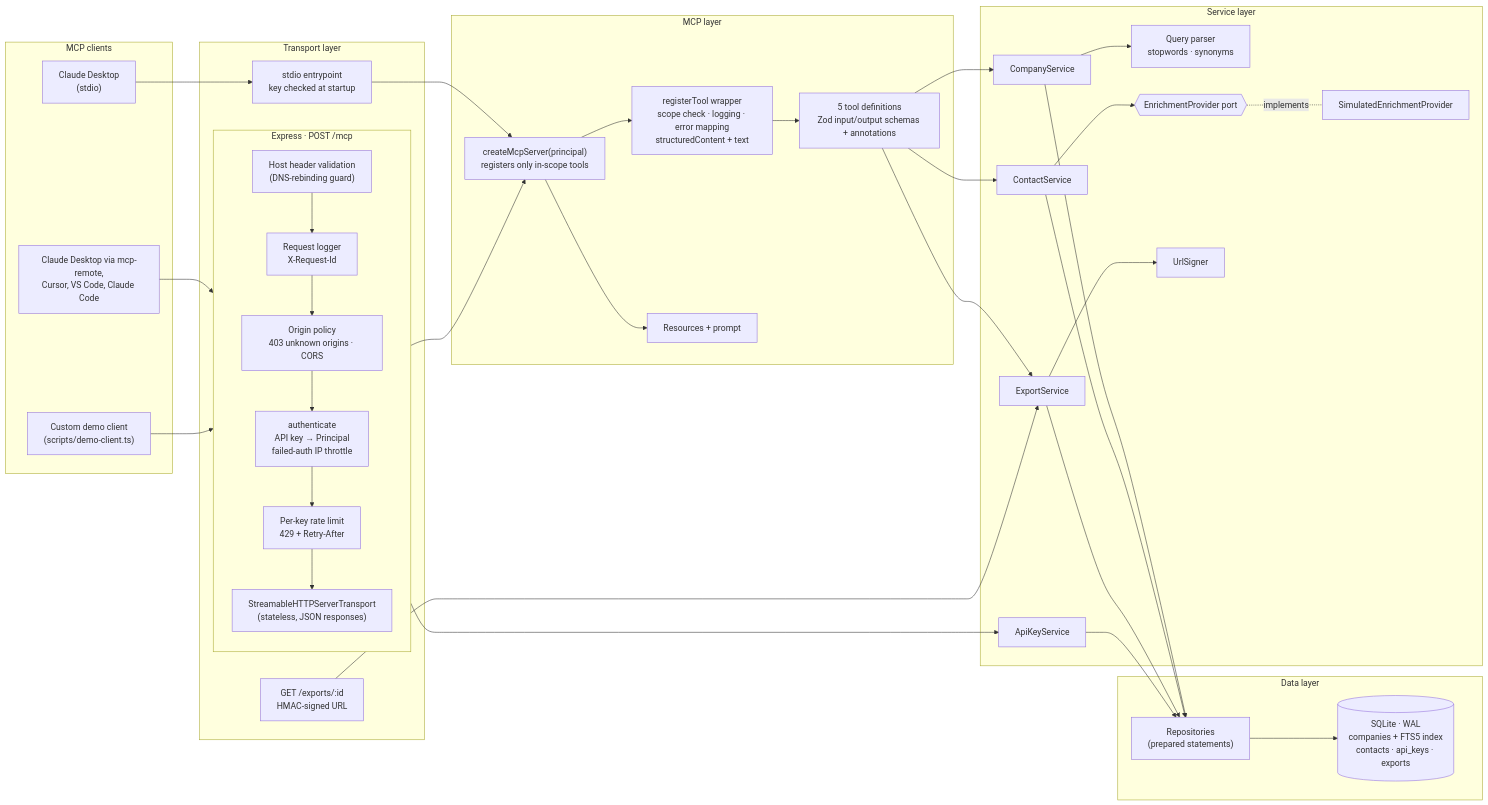
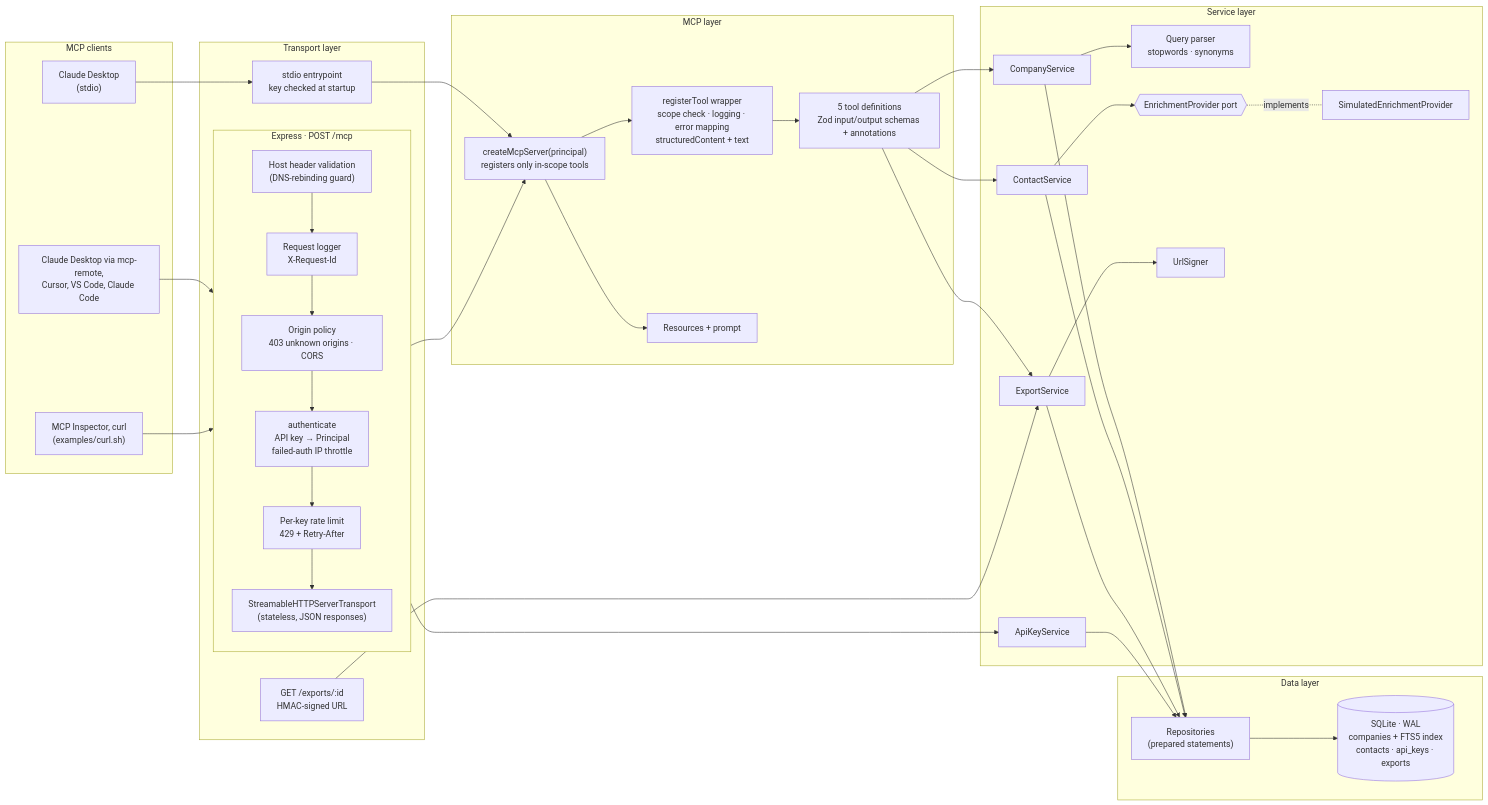
The first of 3 diagrams in docs/ARCHITECTURE.md (siddhant1/account-intelligence-mcp), drawn with Mermaid before and after one commit. The commit also changed 18 other files, not shown here.

First line of the commit message:
Remove demo client, demo docs and screenshots

````diff
--- a/docs/ARCHITECTURE.md
+++ b/docs/ARCHITECTURE.md
@@ -10,60 +10,60 @@
 ```mermaid
 flowchart LR
   subgraph Clients["MCP clients"]
     CD["Claude Desktop<br/>(stdio)"]
     CR["Claude Desktop via mcp-remote,<br/>Cursor, VS Code, Claude Code"]
-    DC["Custom demo client<br/>(scripts/demo-client.ts)"]
+    DC["MCP Inspector, curl<br/>(examples/curl.sh)"]
   end
 
   subgraph Transport["Transport layer"]
     STDIO["stdio entrypoint<br/>key checked at startup"]
     subgraph HTTP["Express · POST /mcp"]
       direction TB
       HV["Host header validation<br/>(DNS-rebinding guard)"] --> RL["Request logger<br/>X-Request-Id"]
       RL --> OP["Origin policy<br/>403 unknown origins · CORS"]
       OP --> AU["authenticate<br/>API key → Principal<br/>failed-auth IP throttle"]
       AU --> RT["Per-key rate limit<br/>429 + Retry-After"]
       RT --> SH["StreamableHTTPServerTransport<br/>(stateless, JSON responses)"]
     end
     DL["GET /exports/:id<br/>HMAC-signed URL"]
   end
 
   subgraph MCP["MCP layer"]
     F["createMcpServer(principal)<br/>registers only in-scope tools"]
     W["registerTool wrapper<br/>scope check · logging · error mapping<br/>structuredContent + text"]
     T["5 tool definitions<br/>Zod input/output schemas + annotations"]
     RS["Resources + prompt"]
   end
 
   subgraph Domain["Service layer"]
     CS[CompanyService]
     KS[ContactService]
     ES[ExportService]
     AS[ApiKeyService]
     QP["Query parser<br/>stopwords · synonyms"]
     EP{{"EnrichmentProvider port"}}
     SP["SimulatedEnrichmentProvider"]
     US[UrlSigner]
   end
 
   subgraph Data["Data layer"]
     REPO["Repositories<br/>(prepared statements)"]
     DB[("SQLite · WAL<br/>companies + FTS5 index<br/>contacts · api_keys · exports")]
   end
 
   CD --> STDIO
   CR --> HV
   DC --> HV
   STDIO --> F
   SH --> F
   F --> W --> T
   F --> RS
   T --> CS & KS & ES
   AU --> AS
   DL --> ES
   CS --> QP
   KS --> EP
   EP -.implements.- SP
   ES --> US
   CS & KS & ES & AS --> REPO --> DB
 ```
````
